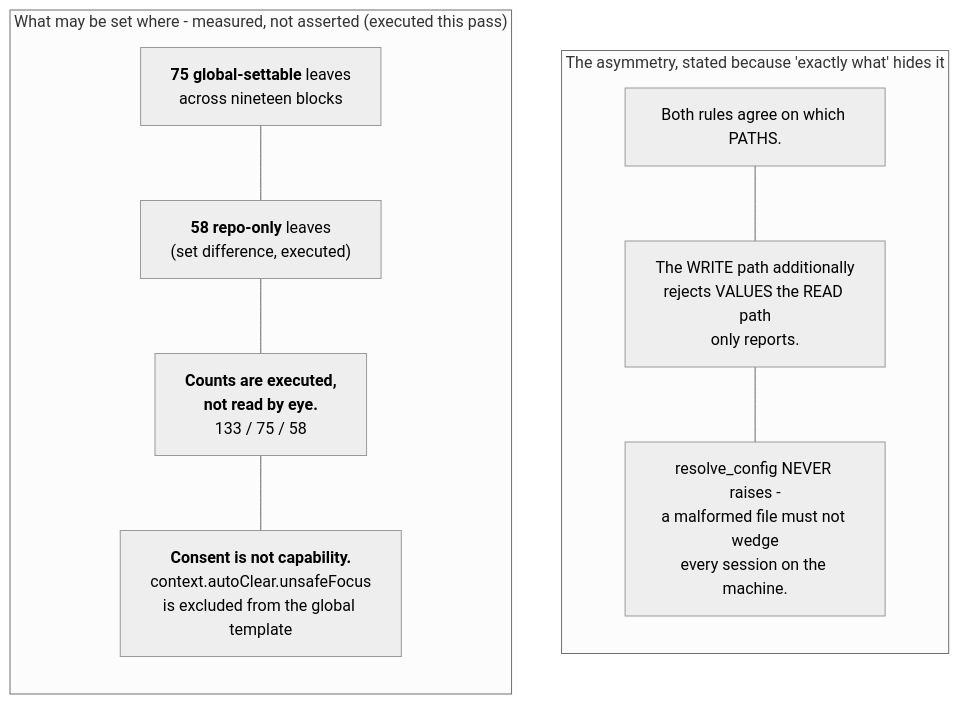
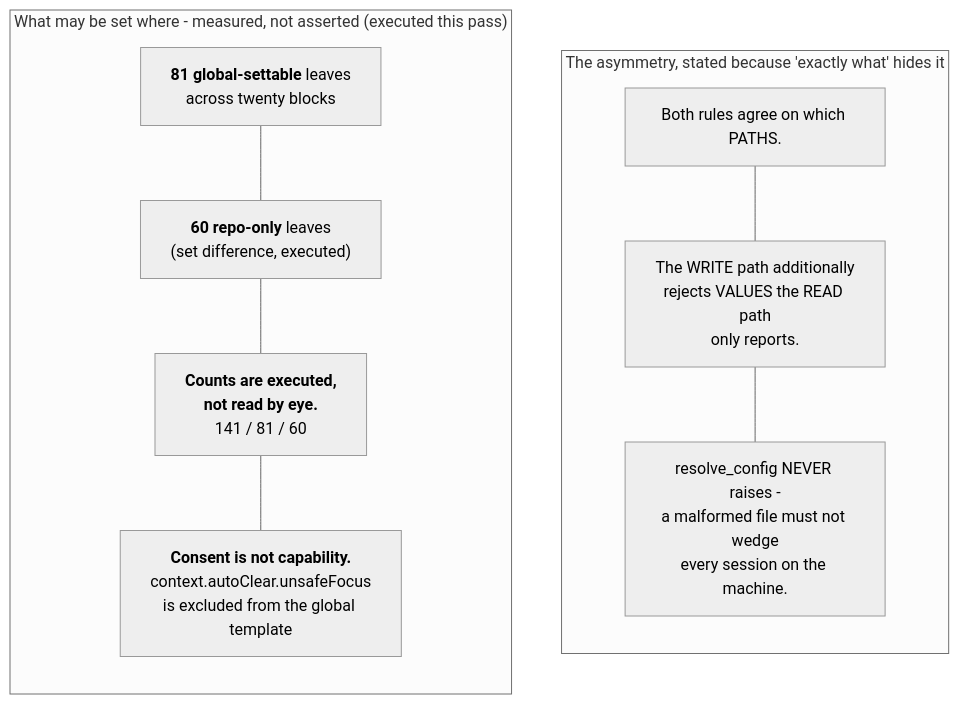
One commit to mbadali25/useful-claude-add-ons changed the eighth of 36 diagrams in docs/diagrams/README.md. Above: the diagram before and after it, drawn with Mermaid (neutral theme). The commit also changed other lines of this file and 18 other files, not shown here.

First line of the commit message:
batch 7: regenerate rules, config reference, diagrams README, the four changed guides; re-measure BUDGETS

````diff
--- a/docs/diagrams/README.md
+++ b/docs/diagrams/README.md
@@ -369,20 +369,20 @@
 ```mermaid
 flowchart TB
 
     subgraph Asym["The asymmetry, stated because 'exactly what' hides it"]
         direction TB
         A1["Both rules agree on which PATHS."]
         A2["The WRITE path additionally<br/>rejects VALUES the READ path<br/>only reports."]
         A3["resolve_config NEVER raises -<br/>a malformed file must not wedge<br/>every session on the machine."]
         A1 --- A2 --- A3
     end
 
     subgraph Split["What may be set where - measured, not asserted (executed this pass)"]
         direction TB
-        S1["<b>75 global-settable</b> leaves<br/>across nineteen blocks"]
-        S2["<b>58 repo-only</b> leaves<br/>(set difference, executed)"]
-        S3["<b>Counts are executed,</b><br/><b>not read by eye.</b><br/>133 / 75 / 58"]
+        S1["<b>81 global-settable</b> leaves<br/>across twenty blocks"]
+        S2["<b>60 repo-only</b> leaves<br/>(set difference, executed)"]
+        S3["<b>Counts are executed,</b><br/><b>not read by eye.</b><br/>141 / 81 / 60"]
         S4["<b>Consent is not capability.</b><br/>context.autoClear.unsafeFocus<br/>is excluded from the global template"]
         S1 --- S2 --- S3 --- S4
     end
 ```
````
